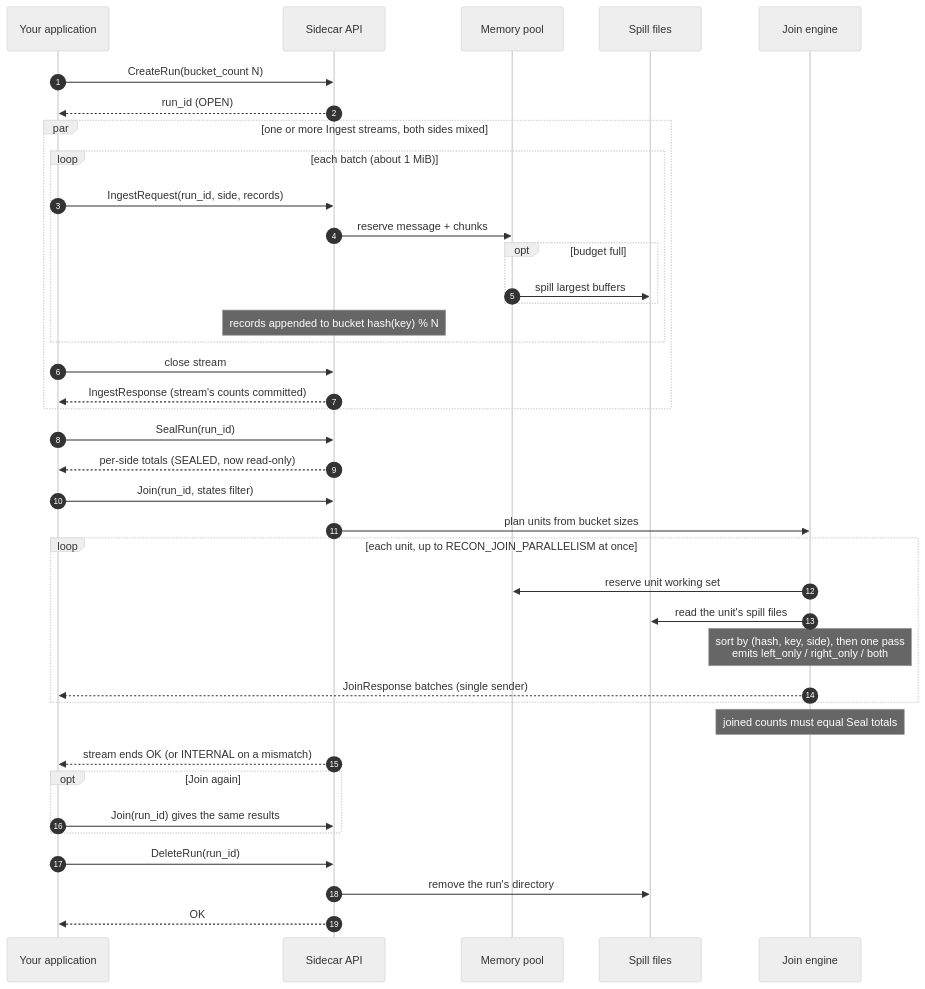
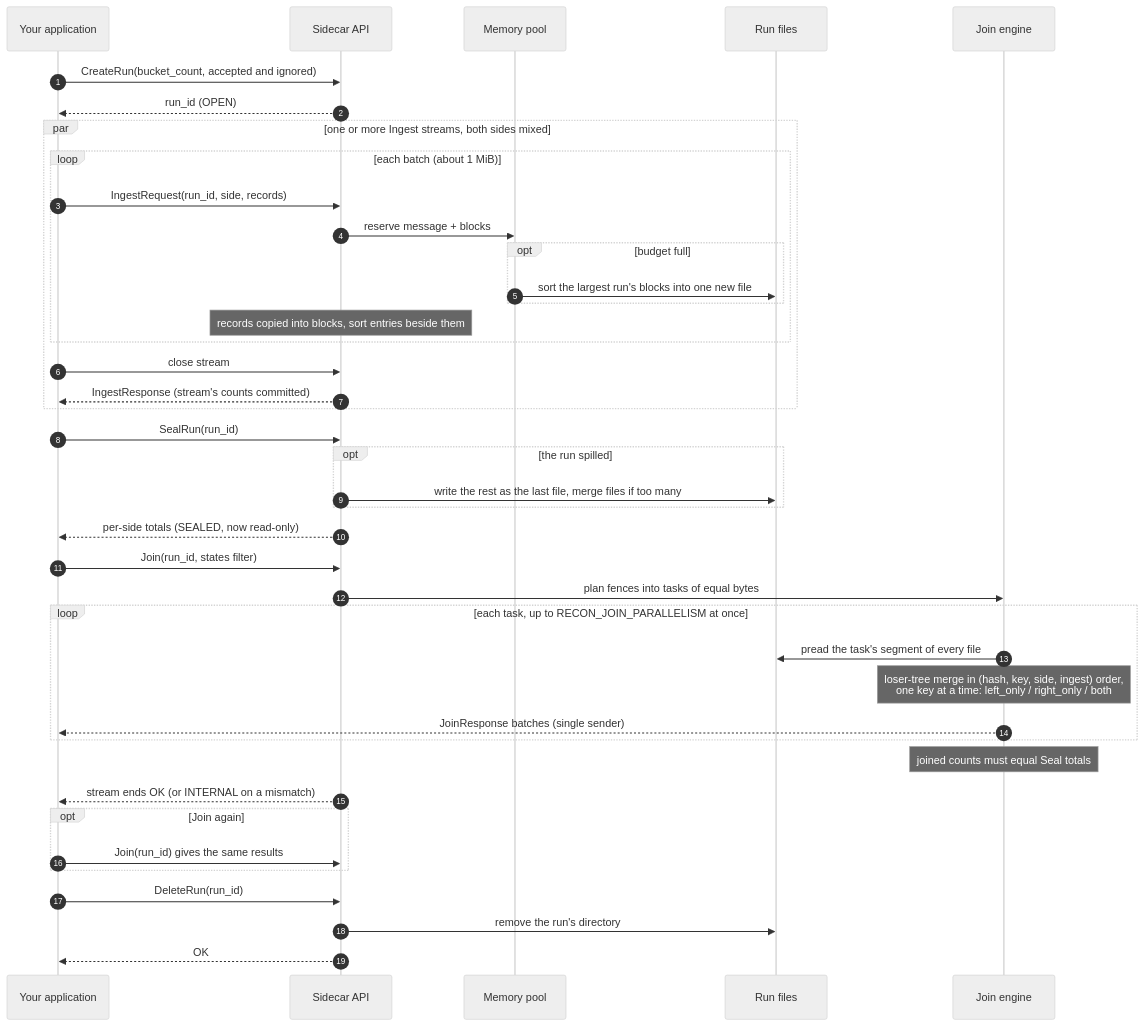
Before and after one commit to Zaba505/reconciliar-sidecar-poc: the third of 5 diagrams in README.md, drawn with Mermaid (neutral theme). The commit also changed other lines of this file and 44 other files, not shown here.

````diff
--- a/README.md
+++ b/README.md
@@ -62,47 +66,49 @@
 ```mermaid
 sequenceDiagram
   autonumber
   participant App as Your application
   participant API as Sidecar API
   participant Pool as Memory pool
-  participant Disk as Spill files
+  participant Disk as Run files
   participant Join as Join engine
 
-  App->>API: CreateRun(bucket_count N)
+  App->>API: CreateRun(bucket_count, accepted and ignored)
   API-->>App: run_id (OPEN)
 
   par one or more Ingest streams, both sides mixed
     loop each batch (about 1 MiB)
       App->>API: IngestRequest(run_id, side, records)
-      API->>Pool: reserve message + chunks
+      API->>Pool: reserve message + blocks
       opt budget full
-        Pool->>Disk: spill largest buffers
+        Pool->>Disk: sort the largest run's blocks into one new file
       end
-      Note over API: records appended to bucket hash(key) % N
+      Note over API: records copied into blocks, sort entries beside them
     end
     App->>API: close stream
     API-->>App: IngestResponse (stream's counts committed)
   end
 
   App->>API: SealRun(run_id)
+  opt the run spilled
+    API->>Disk: write the rest as the last file, merge files if too many
+  end
   API-->>App: per-side totals (SEALED, now read-only)
 
   App->>API: Join(run_id, states filter)
-  API->>Join: plan units from bucket sizes
-  loop each unit, up to RECON_JOIN_PARALLELISM at once
-    Join->>Pool: reserve unit working set
-    Join->>Disk: read the unit's spill files
-    Note over Join: sort by (hash, key, side), then one pass<br/>emits left_only / right_only / both
+  API->>Join: plan fences into tasks of equal bytes
+  loop each task, up to RECON_JOIN_PARALLELISM at once
+    Join->>Disk: pread the task's segment of every file
+    Note over Join: loser-tree merge in (hash, key, side, ingest) order,<br/>one key at a time: left_only / right_only / both
     Join-->>App: JoinResponse batches (single sender)
   end
   Note over Join: joined counts must equal Seal totals
   API-->>App: stream ends OK (or INTERNAL on a mismatch)
 
   opt Join again
     App->>API: Join(run_id) gives the same results
   end
 
   App->>API: DeleteRun(run_id)
   API->>Disk: remove the run's directory
   API-->>App: OK
 ```
````
